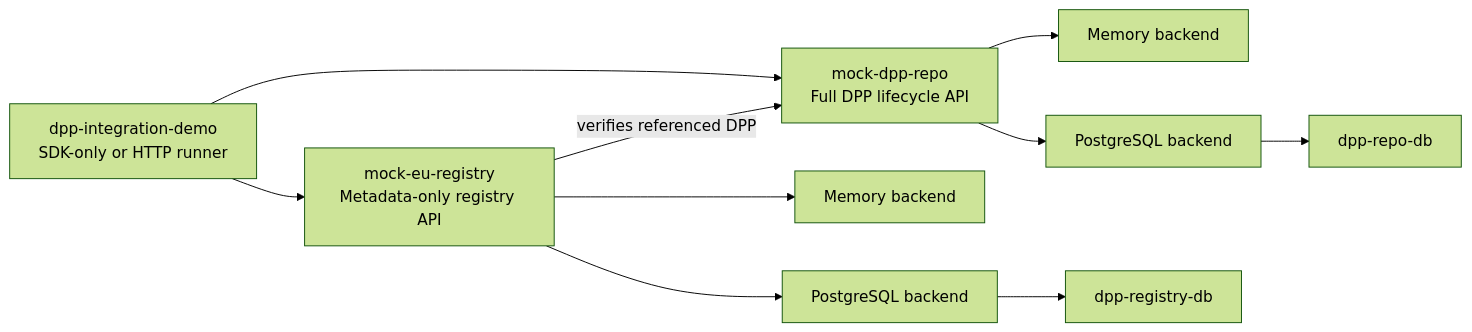
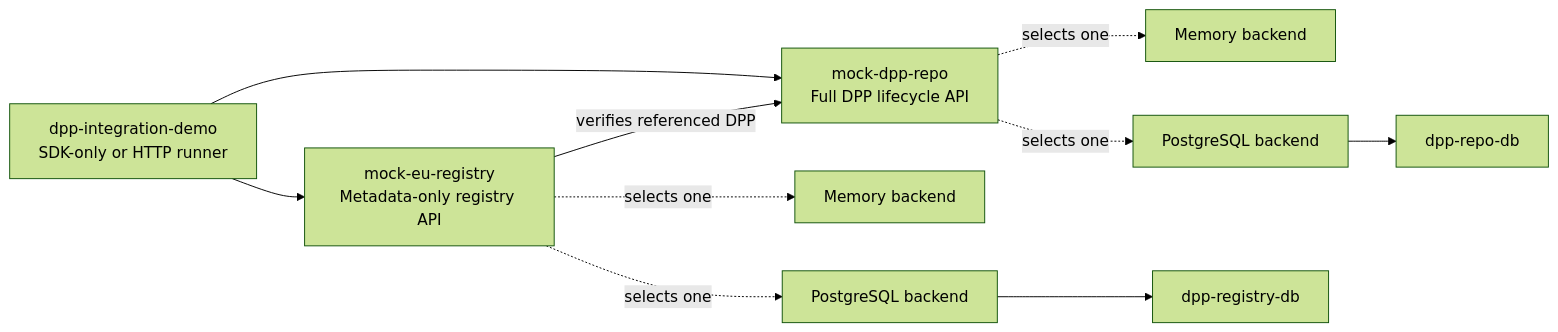
One commit to CIR4FUN-EU/java-dpp-sdk changed the diagram in dpp-sdk-demo/README.md. Above: the diagram before and after it, drawn with Mermaid (forest theme). The commit also changed 3 other files, not shown here.

Commit message:
docs: align architecture diagrams with runtime

````diff
--- a/dpp-sdk-demo/README.md
+++ b/dpp-sdk-demo/README.md
@@ -17,12 +17,12 @@
 ```mermaid
 flowchart LR
     I["dpp-integration-demo<br/>SDK-only or HTTP runner"] --> R["mock-dpp-repo<br/>Full DPP lifecycle API"]
     I --> G["mock-eu-registry<br/>Metadata-only registry API"]
     G -->|verifies referenced DPP| R
-    R --> RM["Memory backend"]
-    R --> RP["PostgreSQL backend"]
-    G --> GM["Memory backend"]
-    G --> GP["PostgreSQL backend"]
+    R -. "selects one" .-> RM["Memory backend"]
+    R -. "selects one" .-> RP["PostgreSQL backend"]
+    G -. "selects one" .-> GM["Memory backend"]
+    G -. "selects one" .-> GP["PostgreSQL backend"]
     RP --> RDB["dpp-repo-db"]
     GP --> GDB["dpp-registry-db"]
 ```
````
